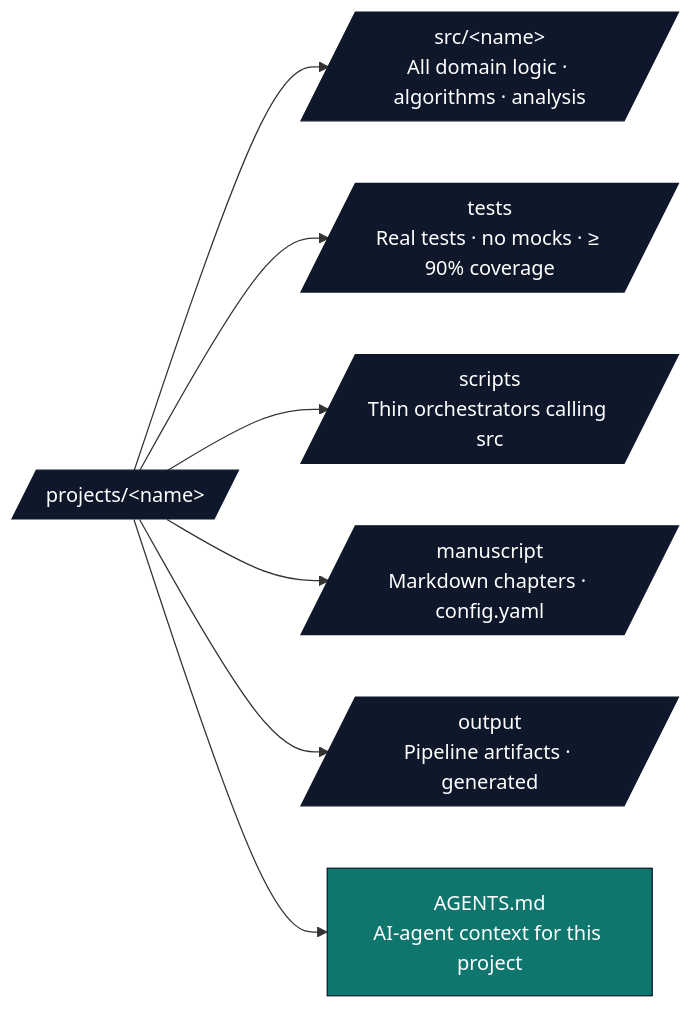
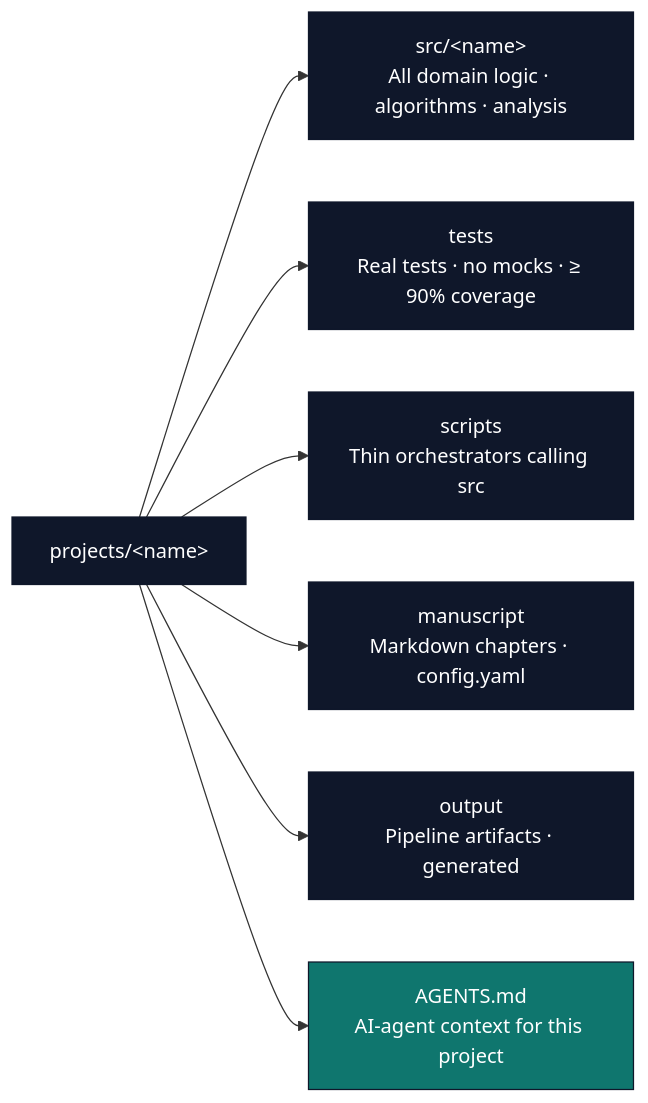
One commit to docxology/template changed the second of 8 diagrams in .github/README.md. Above: the diagram before and after it, drawn with Mermaid. The commit also changed 94 other files, not shown here.

````diff
--- a/.github/README.md
+++ b/.github/README.md
@@ -300,15 +300,15 @@
 ```mermaid
 flowchart LR
-    P[/projects/&lt;name&gt;/]
-    P --> SRC[/src/&lt;name&gt;<br/>All domain logic · algorithms · analysis/]
-    P --> T[/tests<br/>Real tests · no mocks · ≥ 90% coverage/]
-    P --> SC[/scripts<br/>Thin orchestrators calling src/]
-    P --> M[/manuscript<br/>Markdown chapters · config.yaml/]
-    P --> O[/output<br/>Pipeline artifacts · generated/]
+    P[projects/&lt;name&gt;]
+    P --> SRC[src/&lt;name&gt;<br/>All domain logic · algorithms · analysis]
+    P --> T[tests<br/>Real tests · no mocks · ≥ 90% coverage]
+    P --> SC[scripts<br/>Thin orchestrators calling src]
+    P --> M[manuscript<br/>Markdown chapters · config.yaml]
+    P --> O[output<br/>Pipeline artifacts · generated]
     P --> AG[AGENTS.md<br/>AI-agent context for this project]
 
     classDef d fill:#0f172a,stroke:#0f172a,color:#fff
     classDef f fill:#0f766e,stroke:#0f172a,color:#fff
     class P,SRC,T,SC,M,O d
     class AG f
 ```
````
